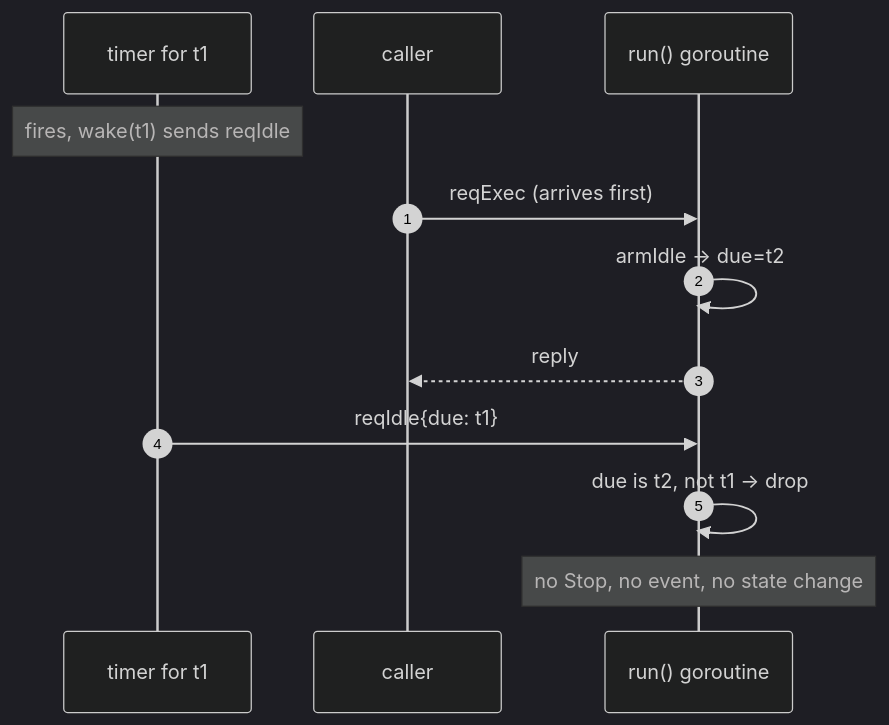
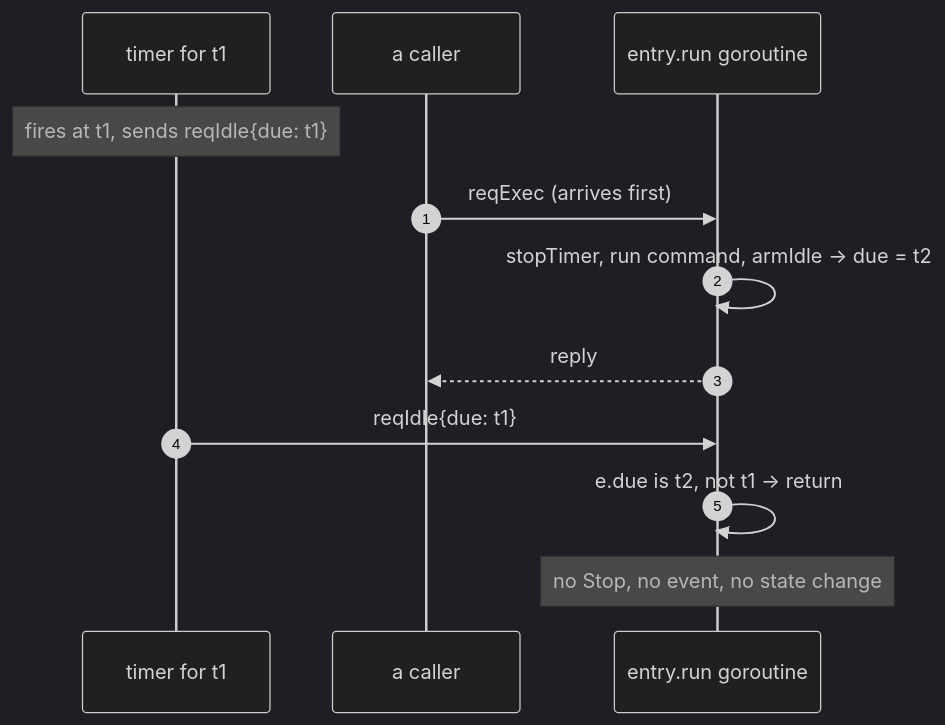
The fourth of 6 diagrams in docs/sandbox.md (maikdotfi/metaharness), drawn with Mermaid (dark theme) before and after one commit. The commit also changed other lines of this file, not shown here.

````diff
--- a/docs/sandbox.md
+++ b/docs/sandbox.md
@@ -299,15 +875,15 @@
 ```mermaid
 sequenceDiagram
     autonumber
     participant K as timer for t1
-    participant C as caller
-    participant R as run() goroutine
+    participant C as a caller
+    participant R as entry.run goroutine
 
-    Note over K: fires, wake(t1) sends reqIdle
+    Note over K: fires at t1, sends reqIdle{due: t1}
     C->>R: reqExec (arrives first)
-    R->>R: armIdle → due=t2
+    R->>R: stopTimer, run command, armIdle → due = t2
     R-->>C: reply
     K->>R: reqIdle{due: t1}
-    R->>R: due is t2, not t1 → drop
+    R->>R: e.due is t2, not t1 → return
     Note over R: no Stop, no event, no state change
 ```
````
